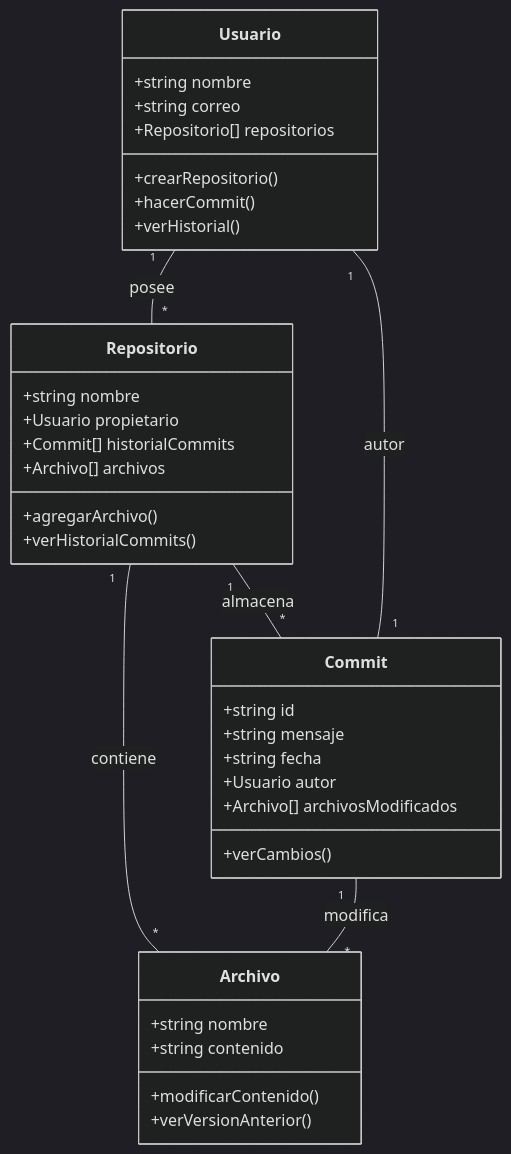
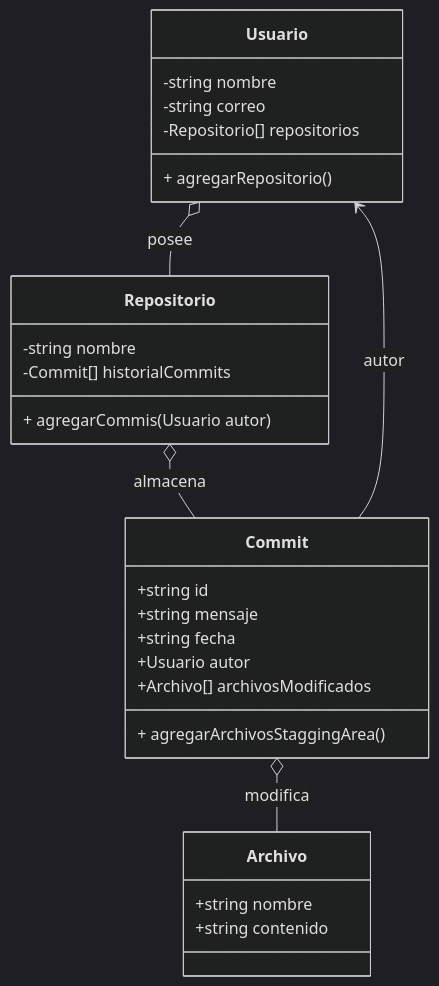
Diagram 11 of 11 in 2.DiseñoOrientadoObjetos.md (lufe089/POO), drawn with Mermaid (dark theme) before and after one commit. The commit also changed other lines of this file, not shown here.

````diff
--- a/2.DiseñoOrientadoObjetos.md
+++ b/2.DiseñoOrientadoObjetos.md
@@ -519,42 +559,34 @@
 ```mermaid
 classDiagram
     class Usuario {
-        +string nombre
-        +string correo
-        +Repositorio[] repositorios
-        +crearRepositorio()
-        +hacerCommit()
-        +verHistorial()
+        -string nombre
+        -string correo
+        -Repositorio[] repositorios
+        + agregarRepositorio()
     }
 
     class Repositorio {
-        +string nombre
-        +Usuario propietario
-        +Commit[] historialCommits
-        +Archivo[] archivos
-        +agregarArchivo()
-        +verHistorialCommits()
+        -string nombre
+        -Commit[] historialCommits
+        + agregarCommis(Usuario autor)
     }
 
     class Commit {
         +string id
         +string mensaje
         +string fecha
         +Usuario autor
         +Archivo[] archivosModificados
-        +verCambios()
+        + agregarArchivosStaggingArea()
     }
 
     class Archivo {
         +string nombre
         +string contenido
-        +modificarContenido()
-        +verVersionAnterior()
     }
 
-    Usuario "1" -- "*" Repositorio : posee
-    Repositorio "1" -- "*" Commit : almacena
-    Repositorio "1" -- "*" Archivo : contiene
-    Commit "1" -- "*" Archivo : modifica
-    Commit "1" -- "1" Usuario : autor
+    Usuario o-- Repositorio : posee
+    Repositorio o-- Commit : almacena
+    Commit o-- Archivo : modifica
+    Commit --> Usuario : autor
 ```
````
